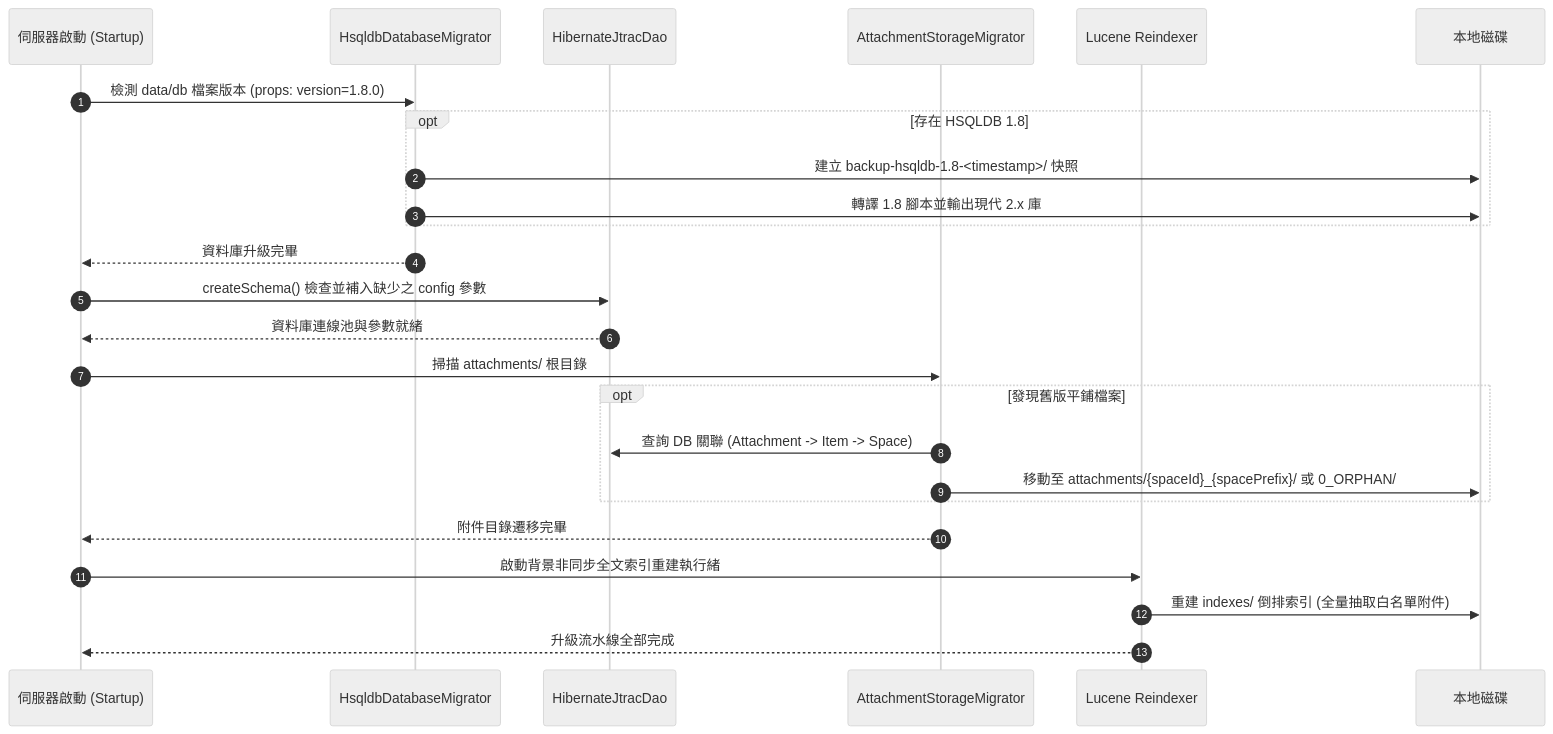
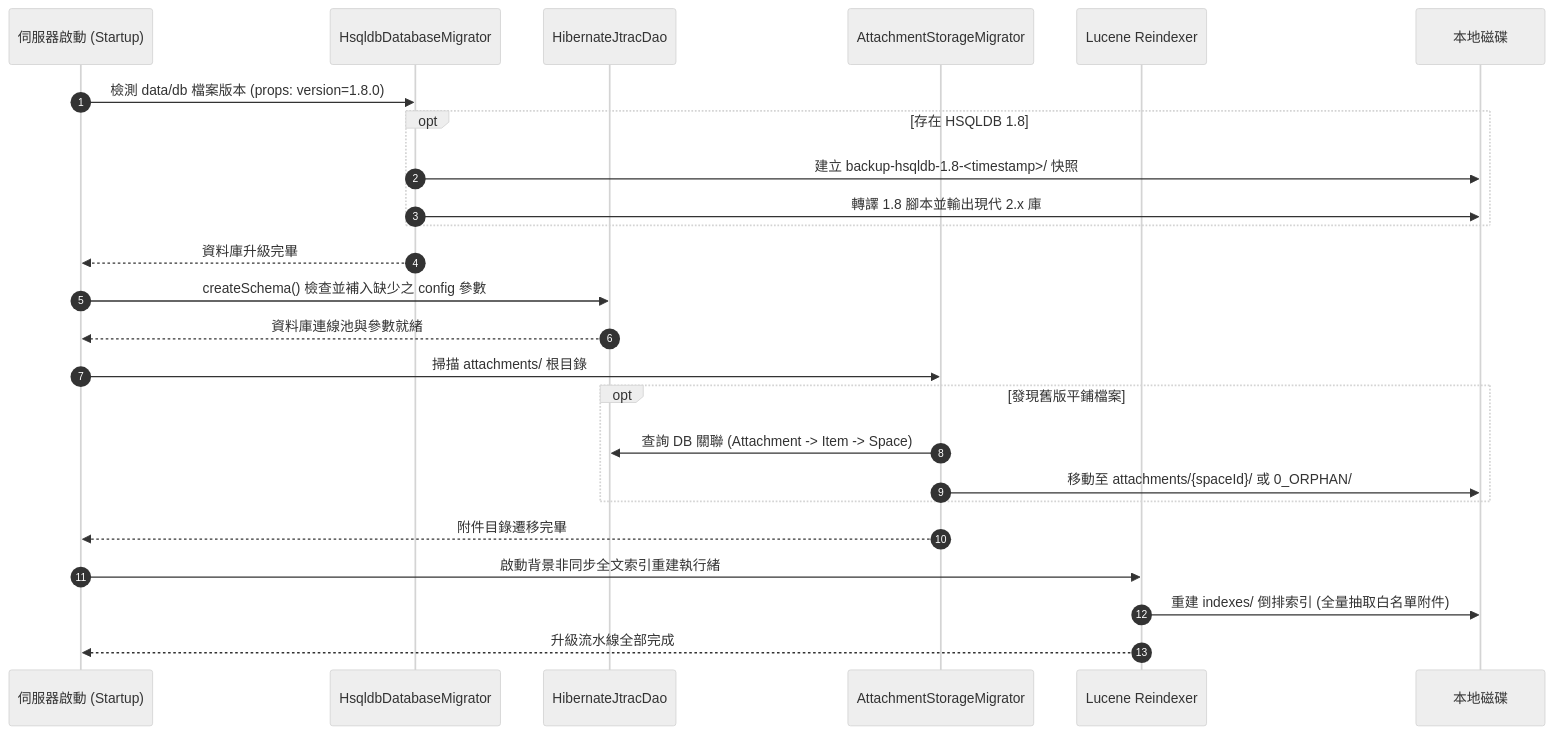
Before and after one commit to WilliamFromTW/jtrac: the first of 2 diagrams in openspec/changes/feat-attachment-partitioning-and-lucene-indexing/design.md, drawn with Mermaid (neutral theme). The commit also changed other lines of this file and 3 other files, not shown here.

````diff
--- a/openspec/changes/feat-attachment-partitioning-and-lucene-indexing/design.md
+++ b/openspec/changes/feat-attachment-partitioning-and-lucene-indexing/design.md
@@ -35,31 +36,31 @@
 ```mermaid
 sequenceDiagram
     autonumber
     participant Boot as 伺服器啟動 (Startup)
     participant DBMigrator as HsqldbDatabaseMigrator
     participant Hibernate as HibernateJtracDao
     participant AttMigrator as AttachmentStorageMigrator
     participant Indexer as Lucene Reindexer
     participant Disk as 本地磁碟
 
     Boot->>DBMigrator: 檢測 data/db 檔案版本 (props: version=1.8.0)
     opt 存在 HSQLDB 1.8
         DBMigrator->>Disk: 建立 backup-hsqldb-1.8-<timestamp>/ 快照
         DBMigrator->>Disk: 轉譯 1.8 腳本並輸出現代 2.x 庫
     end
     DBMigrator-->>Boot: 資料庫升級完畢
 
     Boot->>Hibernate: createSchema() 檢查並補入缺少之 config 參數
     Hibernate-->>Boot: 資料庫連線池與參數就緒
 
     Boot->>AttMigrator: 掃描 attachments/ 根目錄
     opt 發現舊版平鋪檔案
         AttMigrator->>Hibernate: 查詢 DB 關聯 (Attachment -> Item -> Space)
-        AttMigrator->>Disk: 移動至 attachments/{spaceId}_{spacePrefix}/ 或 0_ORPHAN/
+        AttMigrator->>Disk: 移動至 attachments/{spaceId}/ 或 0_ORPHAN/
     end
     AttMigrator-->>Boot: 附件目錄遷移完畢
 
     Boot->>Indexer: 啟動背景非同步全文索引重建執行緒
     Indexer->>Disk: 重建 indexes/ 倒排索引 (全量抽取白名單附件)
     Indexer-->>Boot: 升級流水線全部完成
 ```
````
